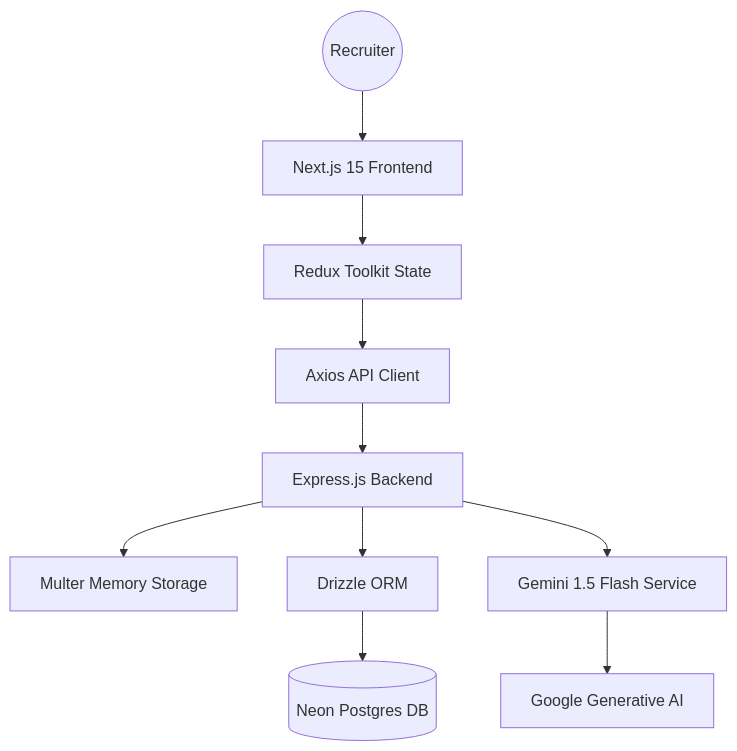
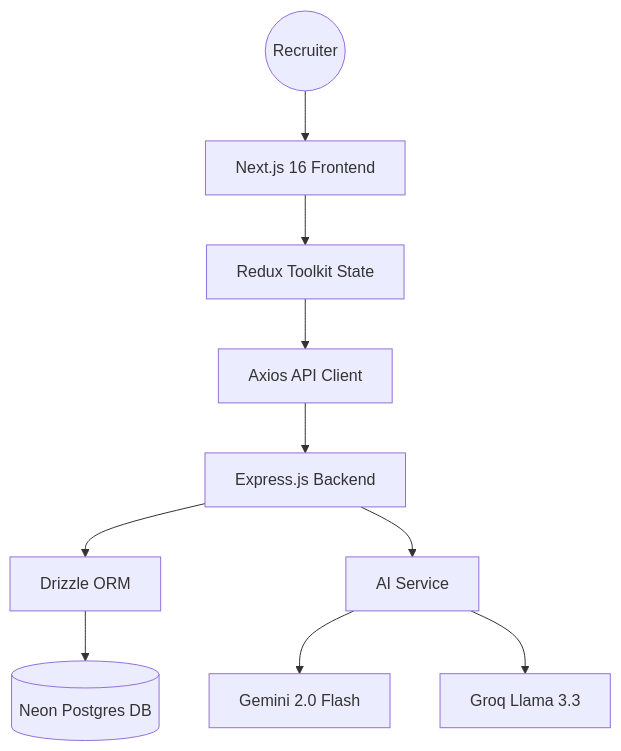
The first of 2 diagrams in README.md (Edouard144/AIJobAnalyser), drawn with Mermaid before and after one commit. The commit also changed other lines of this file and 1 other file, not shown here.

````diff
--- a/README.md
+++ b/README.md
@@ -17,14 +43,14 @@
 ```mermaid
 graph TD
-    User((Recruiter)) --> NextJS[Next.js 15 Frontend]
+    User((Recruiter)) --> NextJS[Next.js 16 Frontend]
     NextJS --> RTK[Redux Toolkit State]
     RTK --> API[Axios API Client]
     
     API --> Express[Express.js Backend]
-    Express --> Multer[Multer Memory Storage]
     Express --> Drizzle[Drizzle ORM]
     Drizzle --> Neon[(Neon Postgres DB)]
     
-    Express --> GeminiService[Gemini 1.5 Flash Service]
-    GeminiService --> GeminiAPI[Google Generative AI]
+    Express --> AIService[AI Service]
+    AIService --> Gemini[Gemini 2.0 Flash]
+    AIService --> Groq[Groq Llama 3.3]
 ```
````
